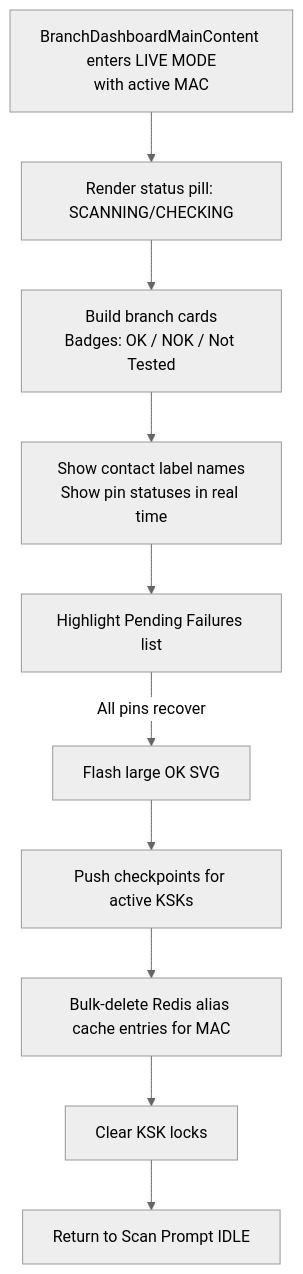
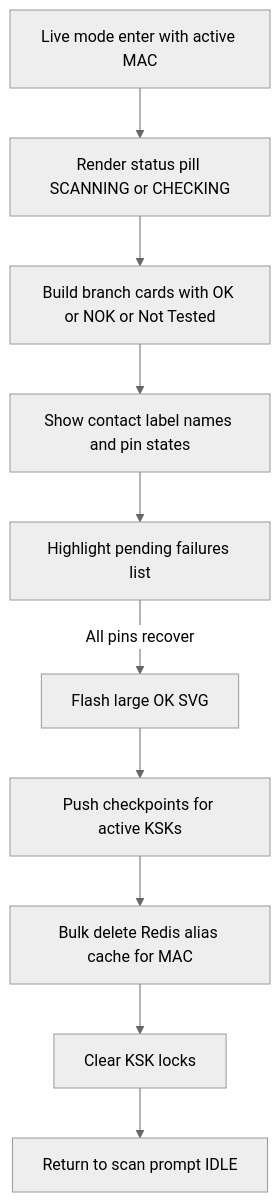
Before and after one commit to projects-kssk/Wireless_KFB_Project: the second of 3 diagrams in docs/main-application-ui-scenarios.md, drawn with Mermaid (neutral theme). The commit also changed other lines of this file, not shown here.

````diff
--- a/docs/main-application-ui-scenarios.md
+++ b/docs/main-application-ui-scenarios.md
@@ -49,14 +32,12 @@
 ```mermaid
 flowchart TB
-    L0[BranchDashboardMainContent enters LIVE MODE\nwith active MAC] --> L1[Render status pill: SCANNING/CHECKING]
-    L1 --> L2[Build branch cards\nBadges: OK / NOK / Not Tested]
-    L2 --> L3[Show contact label names\nShow pin statuses in real time]
-    L3 --> L4[Highlight Pending Failures list]
-
-    %% Recovery
+    L0[Live mode enter with active MAC] --> L1[Render status pill SCANNING or CHECKING]
+    L1 --> L2[Build branch cards with OK or NOK or Not Tested]
+    L2 --> L3[Show contact label names and pin states]
+    L3 --> L4[Highlight pending failures list]
     L4 -->|All pins recover| L5[Flash large OK SVG]
     L5 --> L6[Push checkpoints for active KSKs]
-    L6 --> L7[Bulk-delete Redis alias cache entries for MAC]
+    L6 --> L7[Bulk delete Redis alias cache for MAC]
     L7 --> L8[Clear KSK locks]
-    L8 --> L9[Return to Scan Prompt IDLE]
+    L8 --> L9[Return to scan prompt IDLE]
 ```
````
